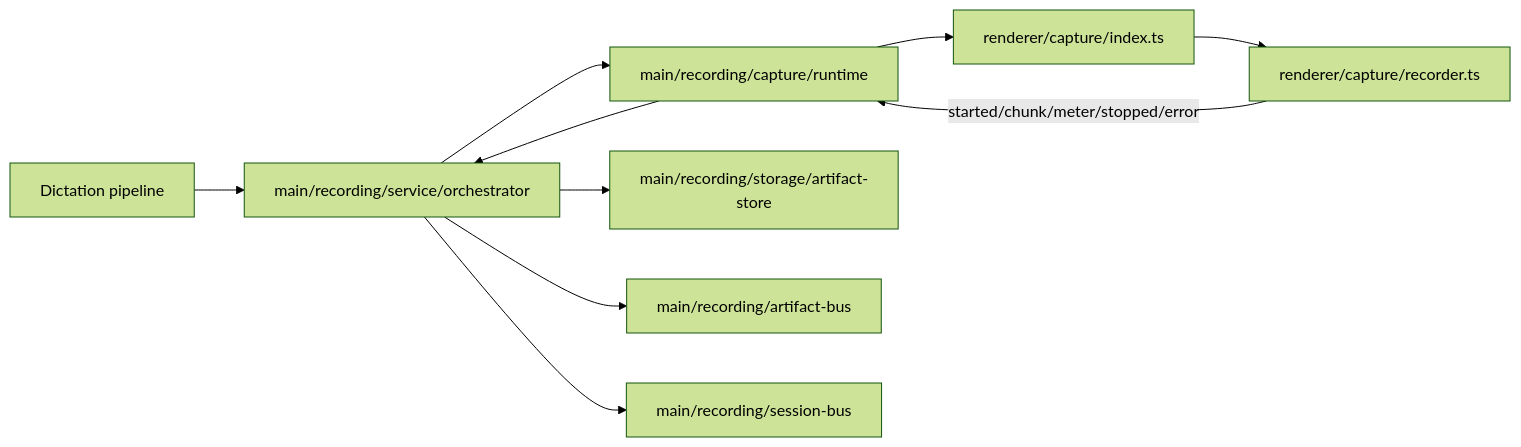
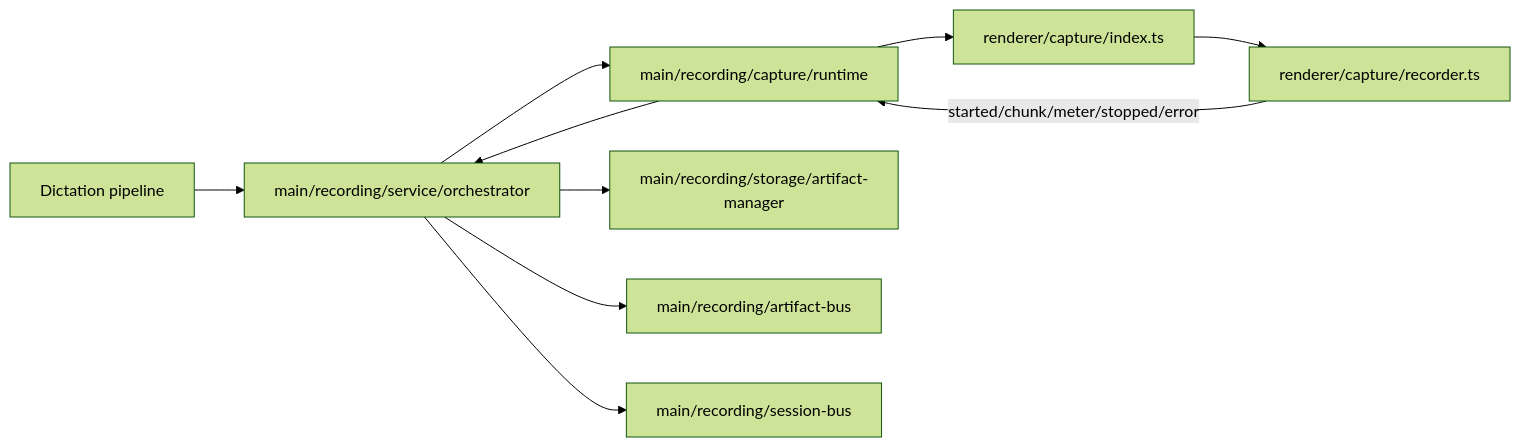
One commit to MateuszRomek/openvocaly changed the diagram in docs/recording/architecture.md. Above: the diagram before and after it, drawn with Mermaid (forest theme). The commit also changed other lines of this file and 140 other files, not shown here.

````diff
--- a/docs/recording/architecture.md
+++ b/docs/recording/architecture.md
@@ -16,14 +16,14 @@
 ```mermaid
 flowchart LR
   A[Dictation pipeline] --> B[main/recording/service/orchestrator]
   B --> C[main/recording/capture/runtime]
   C --> D[renderer/capture/index.ts]
   D --> E[renderer/capture/recorder.ts]
 
   E -->|started/chunk/meter/stopped/error| C
   C --> B
 
-  B --> F[main/recording/storage/artifact-store]
+  B --> F[main/recording/storage/artifact-manager]
   B --> G[main/recording/artifact-bus]
   B --> H[main/recording/session-bus]
 ```
````
